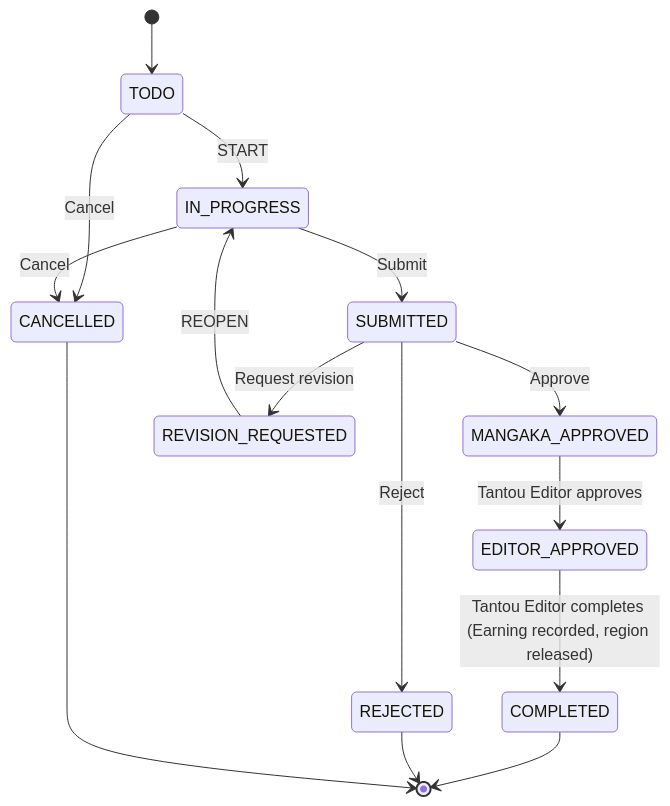
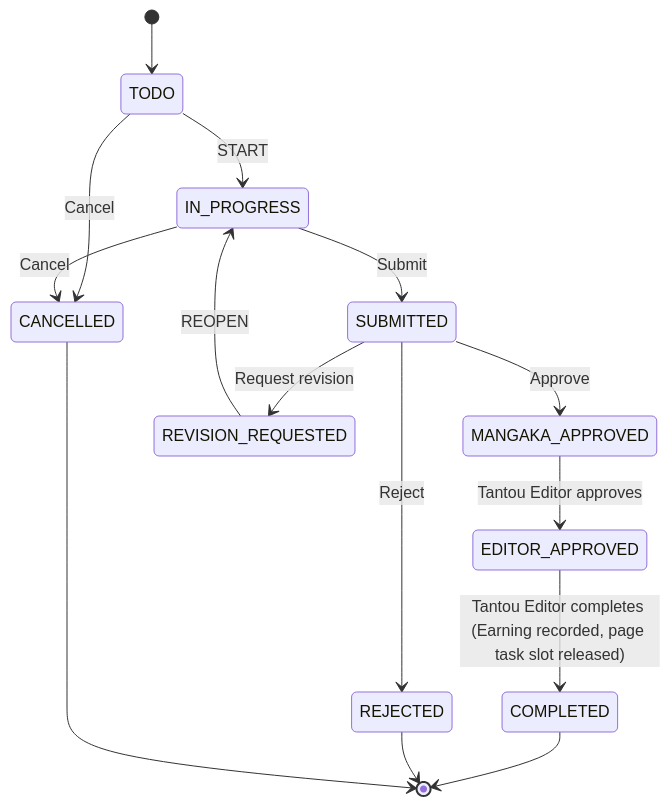
Before and after one commit to ntu254/MangaFlow: the fourth of 7 diagrams in BUSINESS_CANONICAL_FLOW.md, drawn with Mermaid. The commit also changed 3 other files, not shown here.

````diff
--- a/BUSINESS_CANONICAL_FLOW.md
+++ b/BUSINESS_CANONICAL_FLOW.md
@@ -347,17 +347,17 @@
 ```mermaid
 stateDiagram-v2
   [*] --> TODO
   TODO --> IN_PROGRESS: START
   IN_PROGRESS --> SUBMITTED: Submit
   SUBMITTED --> MANGAKA_APPROVED: Approve
   SUBMITTED --> REVISION_REQUESTED: Request revision
   REVISION_REQUESTED --> IN_PROGRESS: REOPEN
   SUBMITTED --> REJECTED: Reject
   TODO --> CANCELLED: Cancel
   IN_PROGRESS --> CANCELLED: Cancel
   MANGAKA_APPROVED --> EDITOR_APPROVED: Tantou Editor approves
-  EDITOR_APPROVED --> COMPLETED: Tantou Editor completes (Earning recorded, region released)
+  EDITOR_APPROVED --> COMPLETED: Tantou Editor completes (Earning recorded, page task slot released)
   COMPLETED --> [*]
   REJECTED --> [*]
   CANCELLED --> [*]
 ```
````
